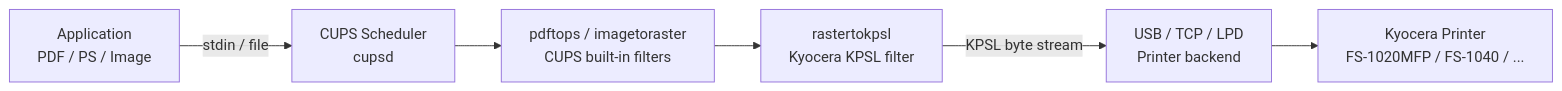
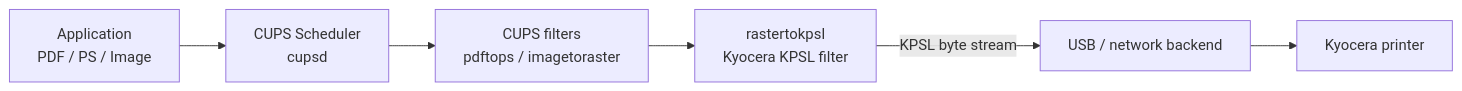
Before and after one commit to e-gleba/kyocera-drivers: the diagram in readme.md, drawn with Mermaid. The commit also changed other lines of this file, not shown here.

````diff
--- a/readme.md
+++ b/readme.md
@@ -257,8 +50,8 @@
 ```mermaid
 flowchart LR
-    A[Application<br>PDF / PS / Image] -->|stdin / file| B[CUPS Scheduler<br>cupsd]
-    B --> C[pdftops / imagetoraster<br>CUPS built-in filters]
+    A[Application<br>PDF / PS / Image] --> B[CUPS Scheduler<br>cupsd]
+    B --> C[CUPS filters<br>pdftops / imagetoraster]
     C --> D[rastertokpsl<br>Kyocera KPSL filter]
-    D -->|KPSL byte stream| E[USB / TCP / LPD<br>Printer backend]
-    E --> F[Kyocera Printer<br>FS-1020MFP / FS-1040 / ...]
+    D -->|KPSL byte stream| E[USB / network backend]
+    E --> F[Kyocera printer]
 ```
````
